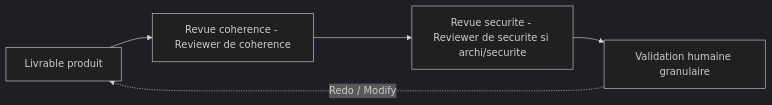
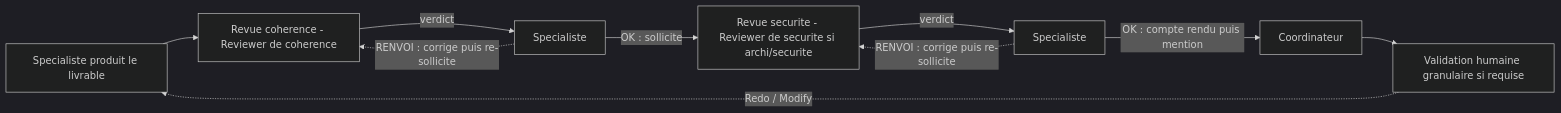
The diagram in core/common/protocols/reviewer.md (Gsyltc/homelab-portfolio), drawn with Mermaid (dark theme) before and after one commit. The commit also changed other lines of this file and 8 other files, not shown here.

````diff
--- a/core/common/protocols/reviewer.md
+++ b/core/common/protocols/reviewer.md
@@ -32,7 +34,12 @@
 ```mermaid
 flowchart LR
-    L[Livrable produit] --> RC[Revue coherence - Reviewer de coherence]
-    RC --> RS[Revue securite - Reviewer de securite si archi/securite]
-    RS --> VH[Validation humaine granulaire]
-    VH -.->|Redo / Modify| L
+    S[Specialiste produit le livrable] --> RC[Revue coherence - Reviewer de coherence]
+    RC -->|verdict| S2[Specialiste]
+    S2 -->|OK : sollicite| RS[Revue securite - Reviewer de securite si archi/securite]
+    S2 -.->|RENVOI : corrige puis re-sollicite| RC
+    RS -->|verdict| S3[Specialiste]
+    S3 -->|OK : compte rendu puis mention| CO[Coordinateur]
+    S3 -.->|RENVOI : corrige puis re-sollicite| RS
+    CO --> VH[Validation humaine granulaire si requise]
+    VH -.->|Redo / Modify| S
 ```
````
